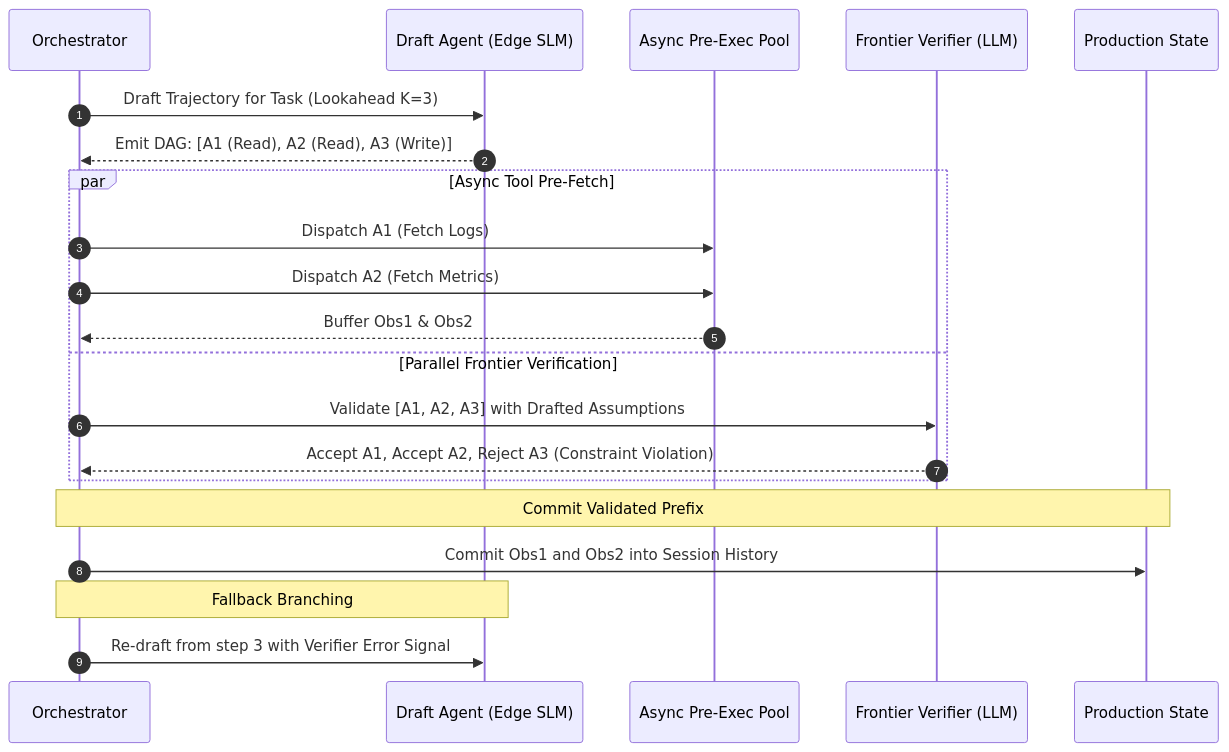
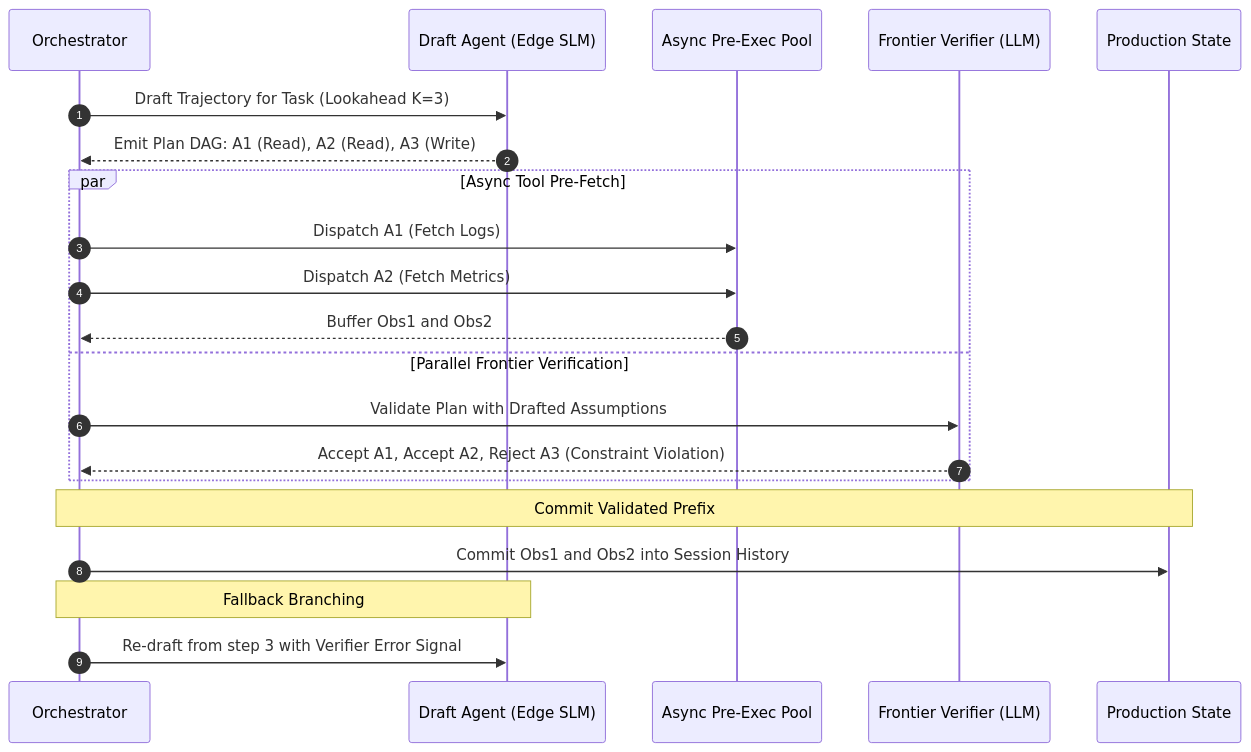
One commit to prethiv/Agentic-AI-Case-studies changed the second of 2 diagrams in case-studies/13-speculative-agent-execution/README.md. Above: the diagram before and after it, drawn with Mermaid. The commit also changed other lines of this file and 4 other files, not shown here.

Commit message:
fix(docs): resolve Mermaid syntax errors in case studies 12-15 and add validation test suite

````diff
--- a/case-studies/13-speculative-agent-execution/README.md
+++ b/case-studies/13-speculative-agent-execution/README.md
@@ -118,26 +118,26 @@
 ```mermaid
 sequenceDiagram
     autonumber
     participant App as Orchestrator
     participant SLM as Draft Agent (Edge SLM)
     participant Shadow as Async Pre-Exec Pool
     participant Verifier as Frontier Verifier (LLM)
     participant Prod as Production State
 
     App->>SLM: Draft Trajectory for Task (Lookahead K=3)
-    SLM-->>App: Emit DAG: [A1 (Read), A2 (Read), A3 (Write)]
+    SLM-->>App: Emit Plan DAG: A1 (Read), A2 (Read), A3 (Write)
     
     par Async Tool Pre-Fetch
         App->>Shadow: Dispatch A1 (Fetch Logs)
         App->>Shadow: Dispatch A2 (Fetch Metrics)
-        Shadow-->>App: Buffer Obs1 & Obs2
+        Shadow-->>App: Buffer Obs1 and Obs2
     and Parallel Frontier Verification
-        App->>Verifier: Validate [A1, A2, A3] with Drafted Assumptions
+        App->>Verifier: Validate Plan with Drafted Assumptions
         Verifier-->>App: Accept A1, Accept A2, Reject A3 (Constraint Violation)
     end
 
     Note over App,Prod: Commit Validated Prefix
     App->>Prod: Commit Obs1 and Obs2 into Session History
     Note over App,SLM: Fallback Branching
     App->>SLM: Re-draft from step 3 with Verifier Error Signal
 ```
````
